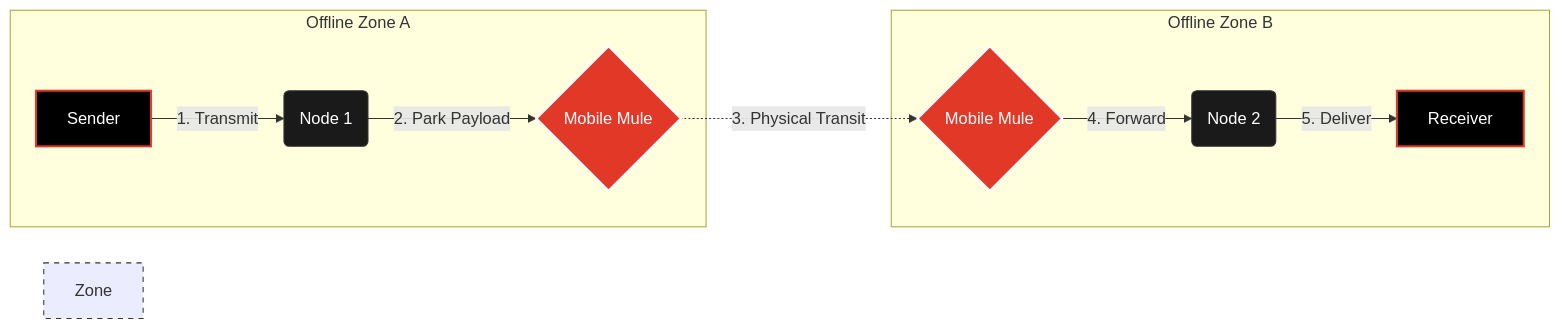
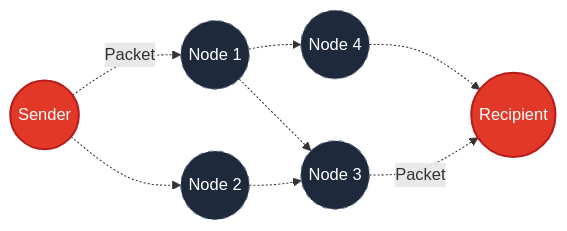
The diagram in README.md (bridgefy/bridgefy-app), drawn with Mermaid before and after one commit.

Commit message:
Update routing visualization in README.md

````diff
--- a/README.md
+++ b/README.md
@@ -67,23 +67,17 @@
 ```mermaid
 graph LR
-    subgraph Zone A [Offline Zone A]
-    S[Sender] -->|1. Transmit| N1(Node 1)
-    N1 -->|2. Park Payload| M{Mobile Mule}
-    end
-
-    M -.->|3. Physical Transit| M2{Mobile Mule}
-
-    subgraph Zone B [Offline Zone B]
-    M2 -->|4. Forward| N2(Node 2)
-    N2 -->|5. Deliver| R[Receiver]
-    end
-
-    style S fill:#000000,stroke:#E23828,stroke-width:2px,color:#fff
-    style R fill:#000000,stroke:#E23828,stroke-width:2px,color:#fff
-    style M fill:#E23828,stroke:#fff,stroke-width:2px,color:#fff
-    style M2 fill:#E23828,stroke:#fff,stroke-width:2px,color:#fff
-    style N1 fill:#1a1a1a,stroke:#333,color:#fff
-    style N2 fill:#1a1a1a,stroke:#333,color:#fff
-    style Zone A fill:none,stroke:#333,stroke-dasharray: 5 5
-    style Zone B fill:none,stroke:#333,stroke-dasharray: 5 5
+    A((Sender)) -.->|Packet| B((Node 1))
+    A -.-> C((Node 2))
+    B -.-> D((Node 3))
+    B -.-> F((Node 4))
+    C -.-> D
+    F -.-> E
+    D -.->|Packet| E((Recipient))
+    
+    style A fill:#E23828,stroke:#B71C1C,stroke-width:2px,color:#fff
+    style E fill:#E23828,stroke:#B71C1C,stroke-width:2px,color:#fff
+    style B fill:#1e293b,stroke:#64748b,stroke-dasharray: 5 5,color:#fff
+    style C fill:#1e293b,stroke:#64748b,stroke-dasharray: 5 5,color:#fff
+    style D fill:#1e293b,stroke:#64748b,stroke-dasharray: 5 5,color:#fff
+    style F fill:#1e293b,stroke:#64748b,stroke-dasharray: 5 5,color:#fff
 ```
````
